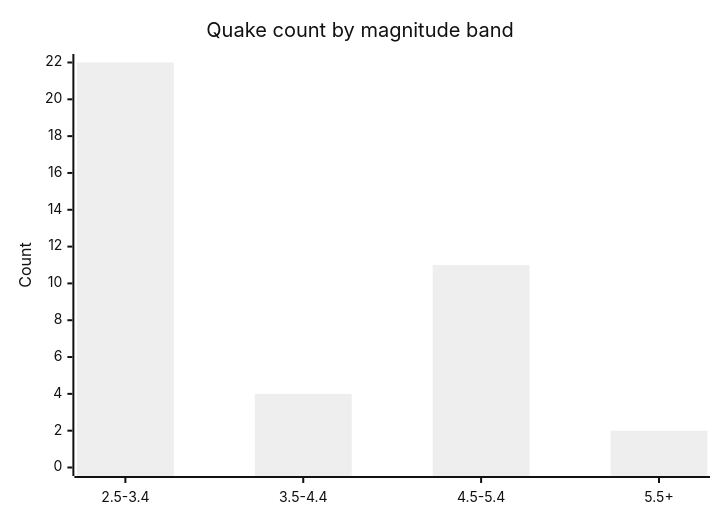
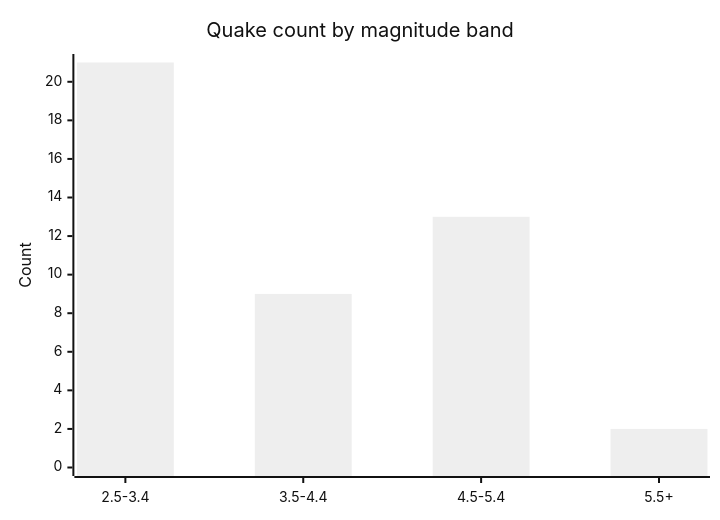
Before and after one commit to Midwest-Stratospheric/aerostratospheric-defense-gir: the fifth of 6 diagrams in docs/GRAPHS.md, drawn with Mermaid (neutral theme). The commit also changed other lines of this file and 24 other files, not shown here.

````diff
--- a/docs/GRAPHS.md
+++ b/docs/GRAPHS.md
@@ -82,7 +82,7 @@
 ```mermaid
 xychart-beta
   title "Quake count by magnitude band"
   x-axis ["2.5-3.4", "3.5-4.4", "4.5-5.4", "5.5+"]
-  y-axis "Count" 0 --> 22
-  bar [22, 4, 11, 2]
+  y-axis "Count" 0 --> 21
+  bar [21, 9, 13, 2]
 ```
````
